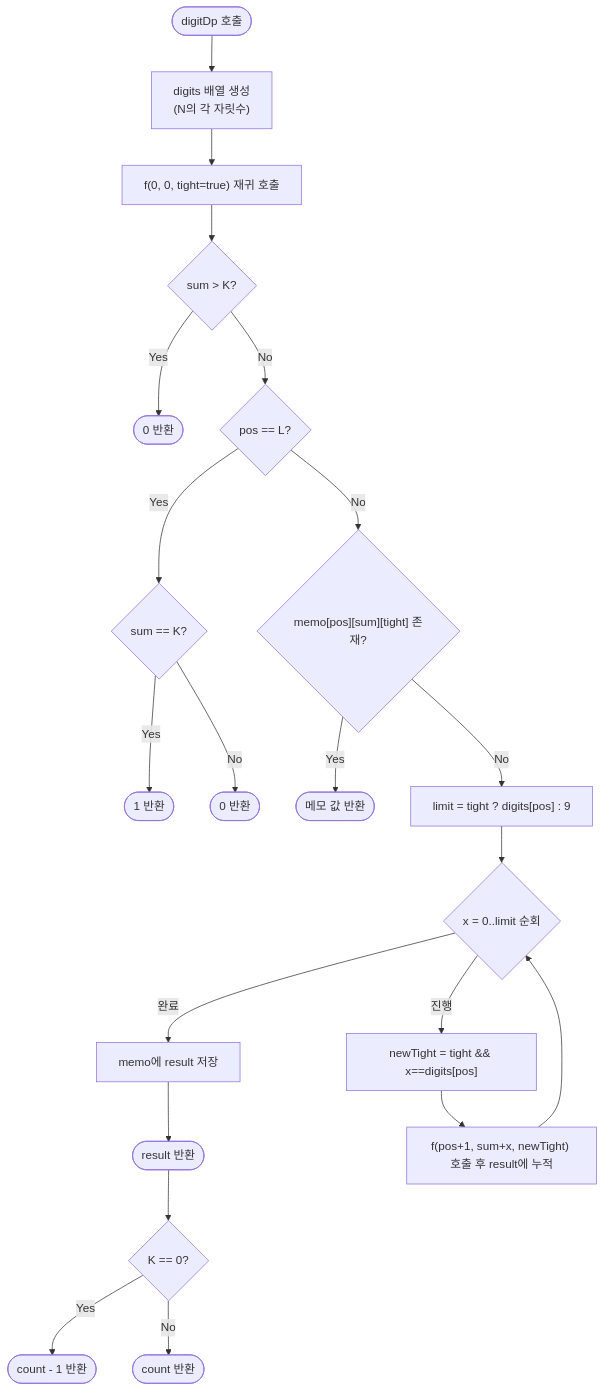
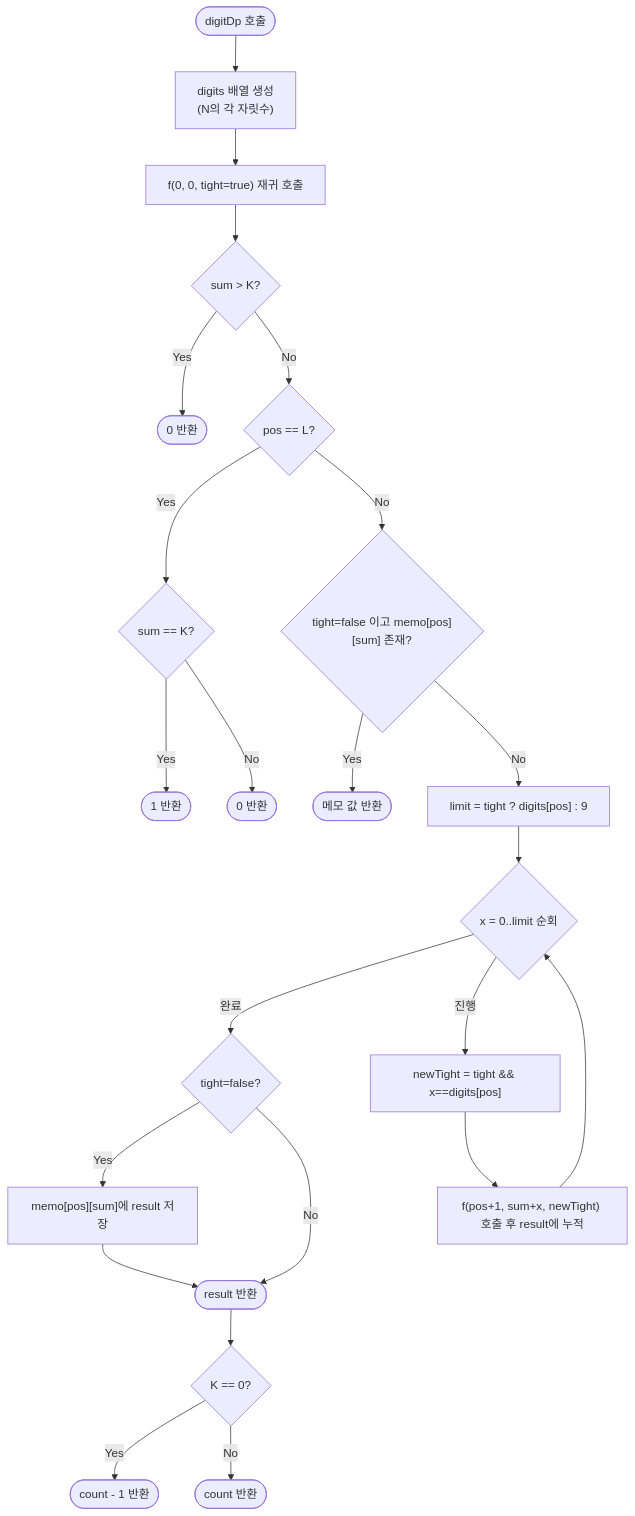
Before and after one commit to centurio1987/grow-up-programming: the diagram in src/algorithms/dp/digitDp/digitDp-guide.mdx, drawn with Mermaid. The commit also changed other lines of this file and 31 other files, not shown here.

````diff
--- a/src/algorithms/dp/digitDp/digitDp-guide.mdx
+++ b/src/algorithms/dp/digitDp/digitDp-guide.mdx
@@ -282,23 +382,25 @@
 ```mermaid
 flowchart TD
-    A([digitDp 호출]) --> B["digits 배열 생성\n(N의 각 자릿수)"]
+    A([digitDp 호출]) --> B["digits 배열 생성<br/>(N의 각 자릿수)"]
     B --> C["f(0, 0, tight=true) 재귀 호출"]
     C --> D{"sum > K?"}
     D -- Yes --> E([0 반환])
     D -- No --> F{"pos == L?"}
     F -- Yes --> G{"sum == K?"}
     G -- Yes --> H([1 반환])
     G -- No --> I([0 반환])
-    F -- No --> J{"memo[pos][sum][tight] 존재?"}
+    F -- No --> J{"tight=false 이고 memo[pos][sum] 존재?"}
     J -- Yes --> K([메모 값 반환])
     J -- No --> L["limit = tight ? digits[pos] : 9"]
-    L --> M{x = 0..limit 순회}
-    M -- 완료 --> N["memo에 result 저장"]
-    N --> O([result 반환])
+    L --> M{"x = 0..limit 순회"}
+    M -- 완료 --> N{"tight=false?"}
+    N -- Yes --> N2["memo[pos][sum]에 result 저장"]
+    N2 --> O([result 반환])
+    N -- No --> O
     M -- 진행 --> P["newTight = tight && x==digits[pos]"]
     P --> Q["f(pos+1, sum+x, newTight) 호출 후 result에 누적"]
     Q --> M
     O --> R{"K == 0?"}
     R -- Yes --> S([count - 1 반환])
     R -- No --> T([count 반환])
 ```
````
